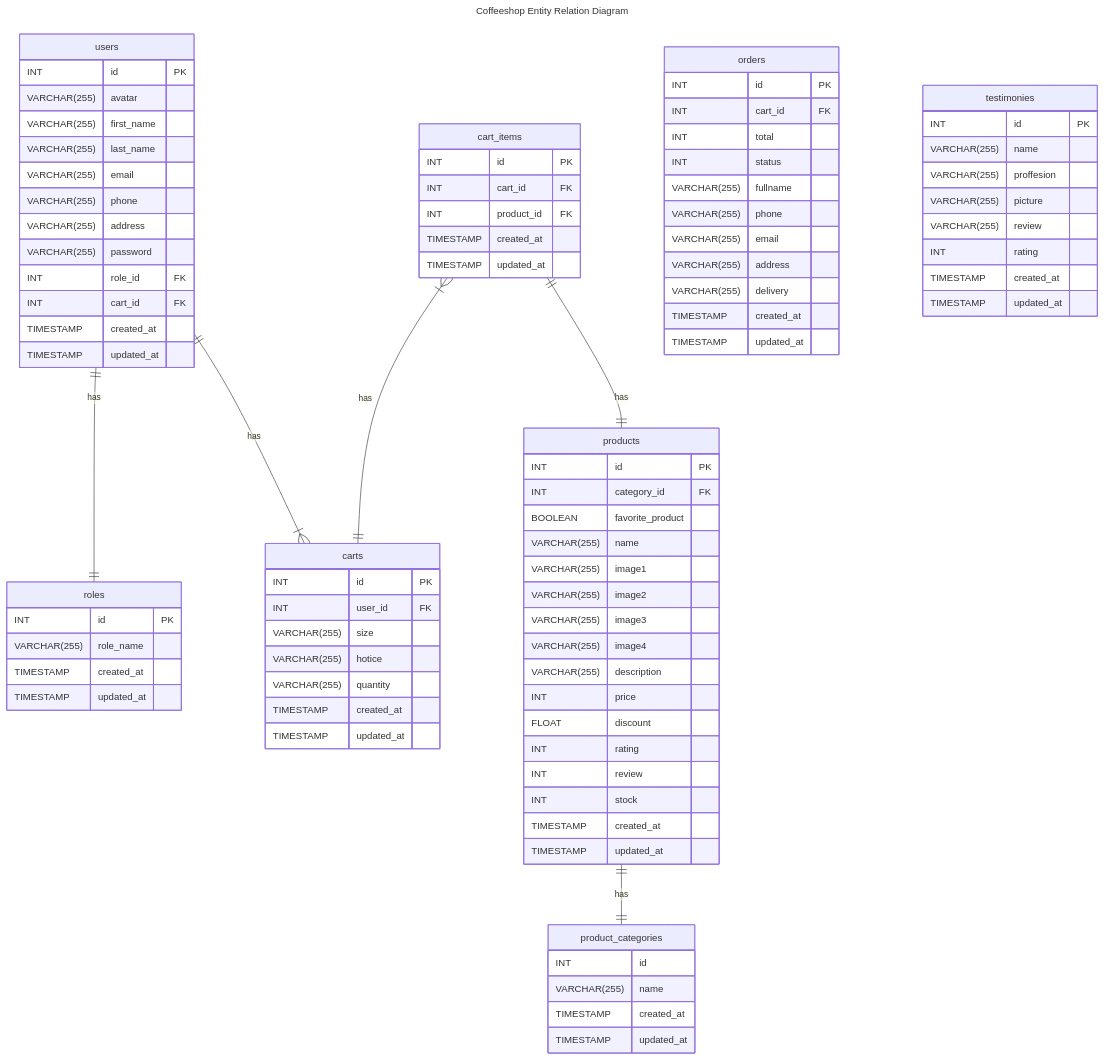
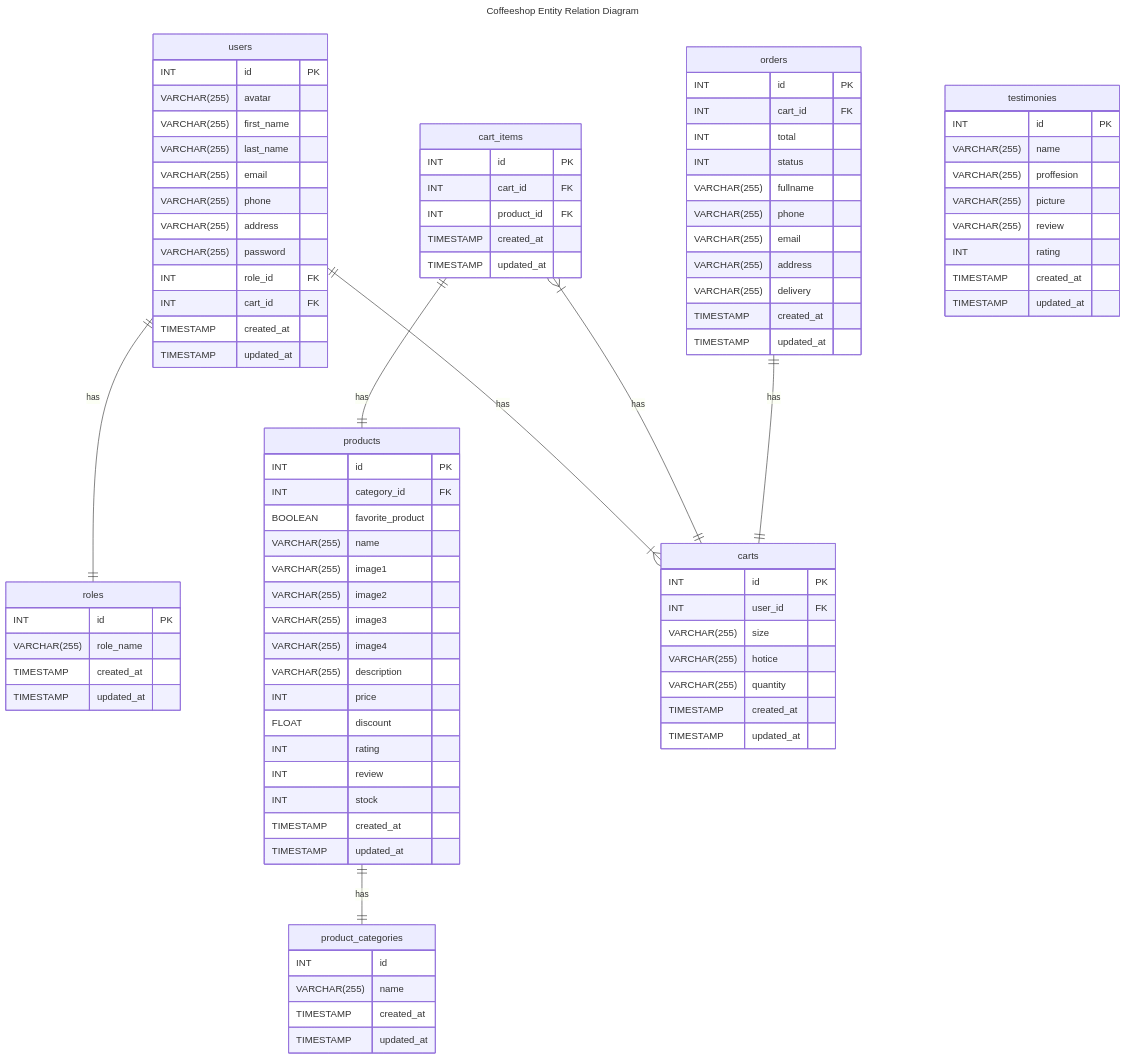
The diagram in readme.md (rezafauzan/koda-b6-db), drawn with Mermaid before and after one commit.

Commit message:
Feat: add orders entity relations

````diff
--- a/readme.md
+++ b/readme.md
@@ -101,4 +101,5 @@
     cart_items one or more to only one carts : has
     cart_items only one to only one products : has
     products only one to only one product_categories : has
+    orders only one to only one carts : has
 ```
````
